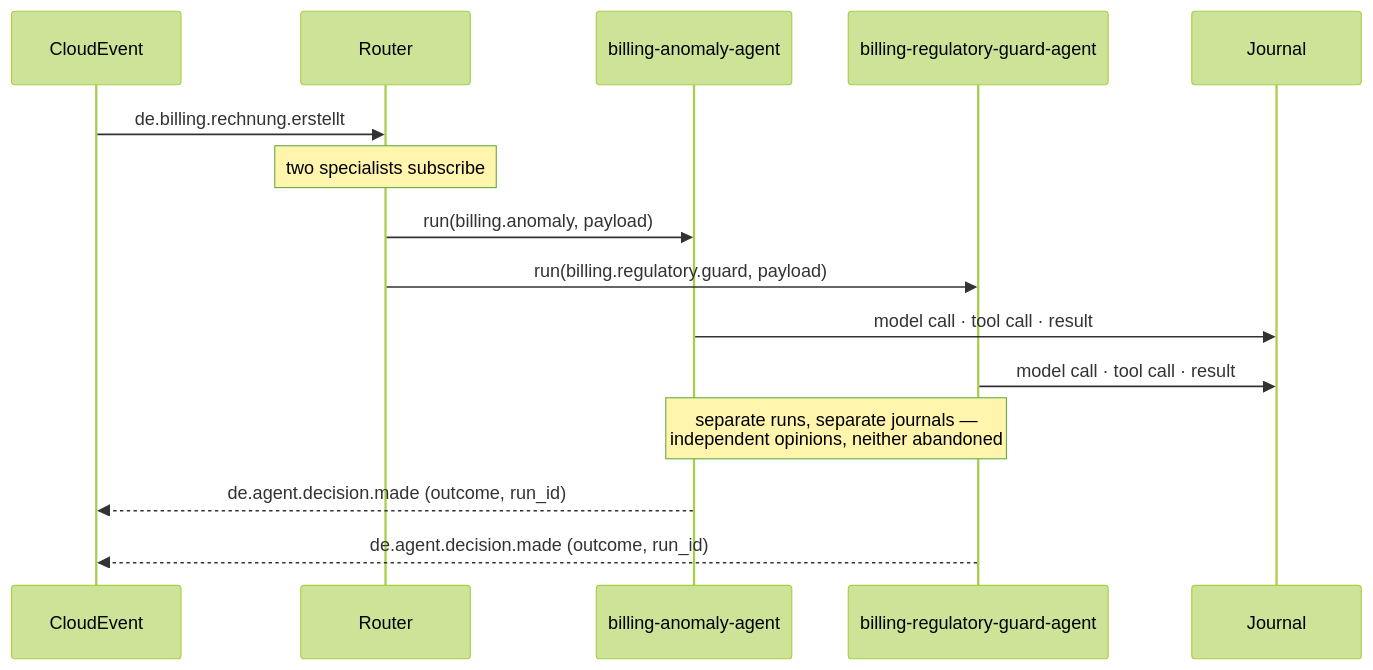
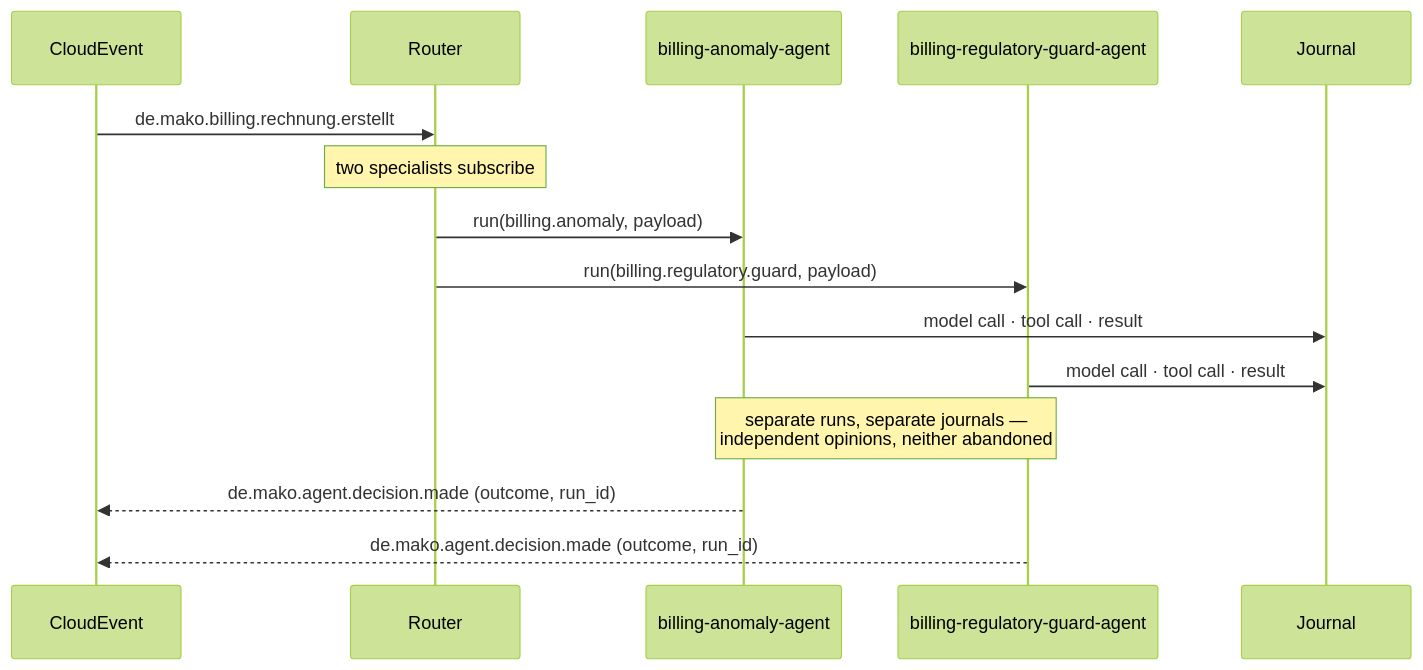
One commit to hupe1980/mako changed the second of 4 diagrams in site/content/docs/services/agentd.md. Above: the diagram before and after it, drawn with Mermaid (forest theme). The commit also changed other lines of this file and 379 other files, not shown here.

````diff
--- a/site/content/docs/services/agentd.md
+++ b/site/content/docs/services/agentd.md
@@ -619,18 +619,18 @@
 ```mermaid
 sequenceDiagram
     participant CE as CloudEvent
     participant R as Router
     participant A1 as billing-anomaly-agent
     participant A2 as billing-regulatory-guard-agent
     participant J as Journal
 
-    CE->>R: de.billing.rechnung.erstellt
+    CE->>R: de.mako.billing.rechnung.erstellt
     Note over R: two specialists subscribe
     R->>A1: run(billing.anomaly, payload)
     R->>A2: run(billing.regulatory.guard, payload)
     A1->>J: model call · tool call · result
     A2->>J: model call · tool call · result
     Note over A1,A2: separate runs, separate journals —<br/>independent opinions, neither abandoned
-    A1-->>CE: de.agent.decision.made (outcome, run_id)
-    A2-->>CE: de.agent.decision.made (outcome, run_id)
+    A1-->>CE: de.mako.agent.decision.made (outcome, run_id)
+    A2-->>CE: de.mako.agent.decision.made (outcome, run_id)
 ```
````
